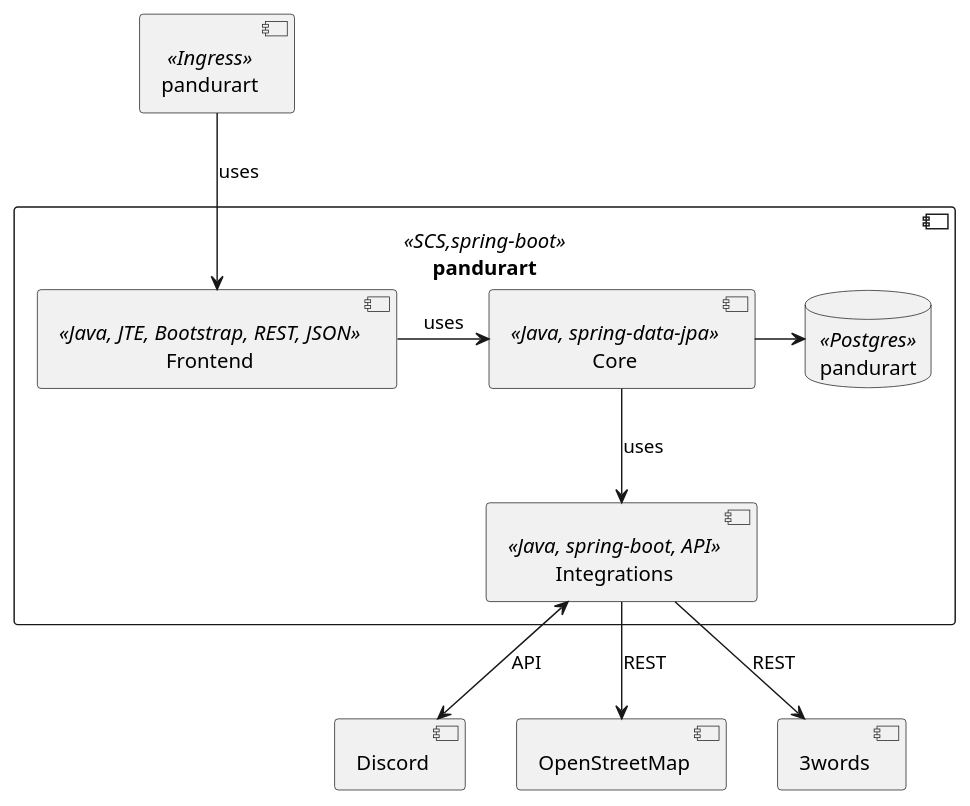
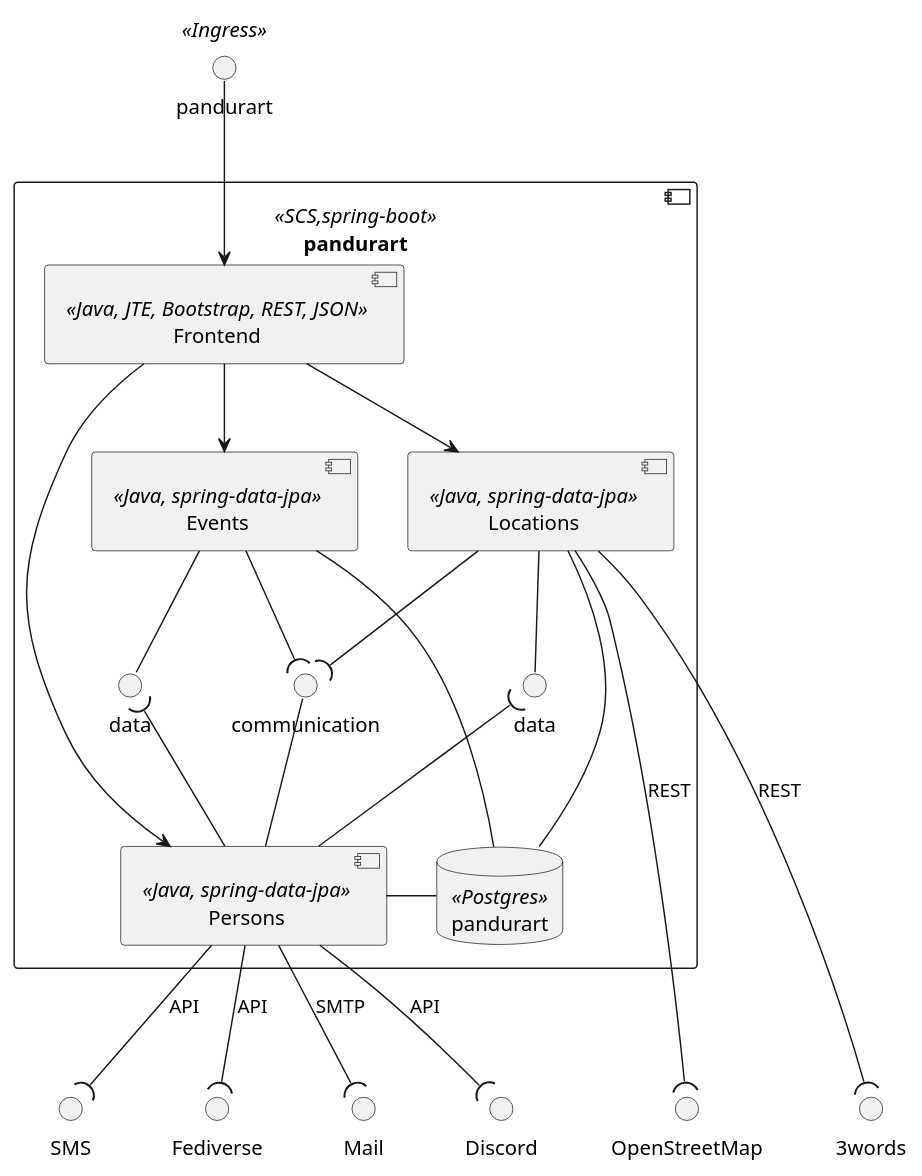
Before and after one commit to Paladins-Inn/pandurart: the diagram in docs/modules/arc42/partials/whitebox-overall-system.adoc, drawn with PlantUML.

Commit message:
chore: update the whitebox system diagram.

```diff
--- a/docs/modules/arc42/partials/whitebox-overall-system.adoc
+++ b/docs/modules/arc42/partials/whitebox-overall-system.adoc
@@ -3,32 +3,55 @@
 [plantuml, whitebox-scs]
 ----
 @startuml whitebox-scs
 
-[pandurart] <<Ingress>> as ingress
+interface pandurart <<Ingress>> as ingress
 
 component "pandurart" <<SCS,spring-boot>> as service {
-[Frontend] <<Java, JTE, Bootstrap, REST, JSON>> as frontend
+  [Frontend] <<Java, JTE, Bootstrap, REST, JSON>> as frontend
 
-  [Core] <<Java, spring-data-jpa>> as core
+  [Locations] <<Java, spring-data-jpa>> as locations
+  [Events] <<Java, spring-data-jpa>> as events
+  interface "data" as eventPersonData
+  [Persons] <<Java, spring-data-jpa>> as persons
+  interface "data" as locationPersonData
+
+  persons -up-( eventPersonData
+  eventPersonData -up- events
+  persons -up-( locationPersonData
+  locationPersonData -up- locations
+
+  locations --( communication
+  events --( communication
+  communication -- persons
 
   database "pandurart" <<Postgres>> as data
-
-  [Integrations] <<Java, spring-boot, API>> as services
 }
 
 
-ingress --> frontend : uses
-frontend -right-> core : uses
-core --> services : uses
-core -right-> data
+ingress --> frontend
+frontend -down-> locations
+frontend -down-> events
+frontend -down-> persons
 
-[Discord] as discord
-[OpenStreetMap] as osm
-[3words] as what3words
+locations -right- data
+events -right- data
+persons -right- data
 
-services <--> discord : API
-services --> osm : REST
-services --> what3words : REST
+together {
+  interface SMS as sms
+  interface Fediverse as fediverse
+  interface Mail as mail
+  interface Discord as discord
+  interface OpenStreetMap as osm
+  interface 3words as what3words
+}
+
+persons -down-( discord : API
+persons -down-( mail : SMTP
+persons -down-( fediverse : API
+persons -down-(  sms : API
+locations -down-( osm : REST
+locations -down-( what3words : REST
 
 @enduml
 ----
```
